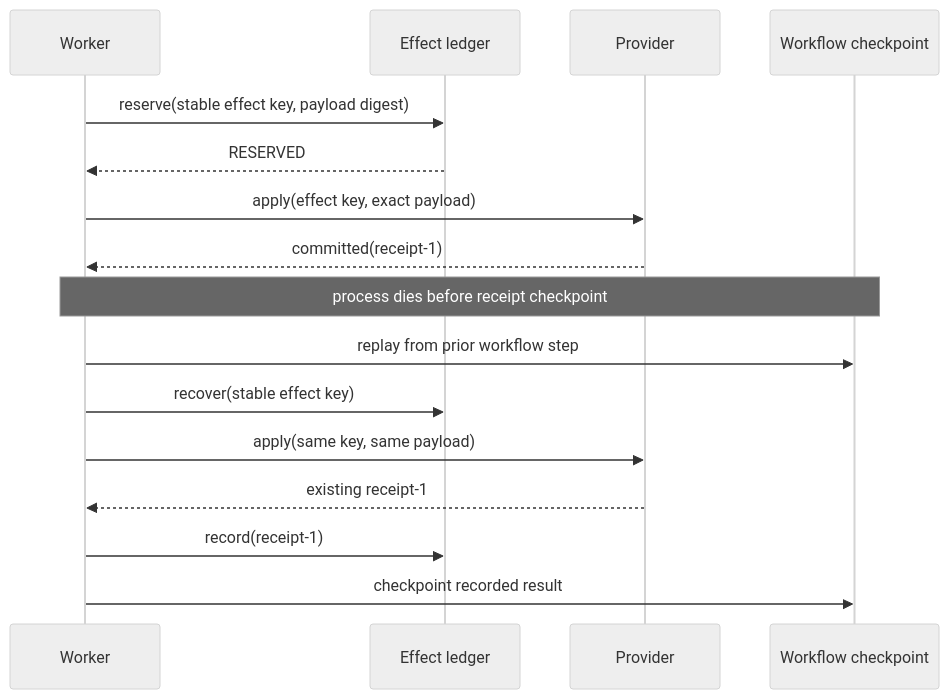
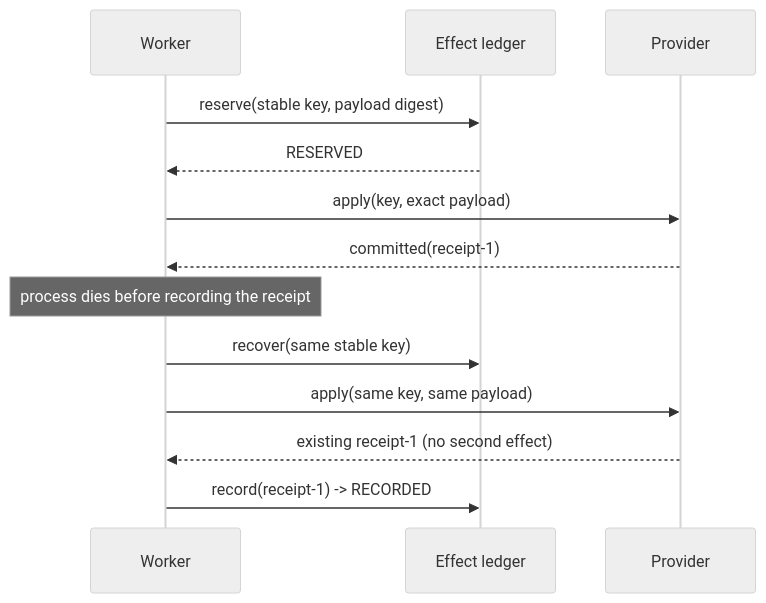
The second of 4 diagrams in chapters/26-production-platform.qmd (omkarsarde/agentic-engineering-at-scale), drawn with Mermaid (neutral theme) before and after one commit. The commit also changed other lines of this file and 6 other files, not shown here.

````diff
--- a/chapters/26-production-platform.qmd
+++ b/chapters/26-production-platform.qmd
@@ -209,22 +879,18 @@
 ```{mermaid}
+%%| echo: false
 %%| label: fig-ch26-crash
-%%| fig-cap: "Where is a duplicate effect born, and which stable fact lets recovery resolve it?"
-%%| fig-alt: "A worker reserves an effect key in a ledger, calls a provider with that key, and the provider commits. The worker crashes before recording the receipt. On replay it reads the same key and asks the provider again, which returns the existing receipt without a second effect."
+%%| fig-cap: "Where is a duplicate effect born, and which stable fact lets recovery resolve it? A reservation persists a stable key before the call, so recovery re-asks the provider with that key instead of issuing a new one."
 sequenceDiagram
     participant W as Worker
     participant L as Effect ledger
     participant P as Provider
-    participant C as Workflow checkpoint
-
-    W->>L: reserve(stable effect key, payload digest)
+    W->>L: reserve(stable key, payload digest)
     L-->>W: RESERVED
-    W->>P: apply(effect key, exact payload)
+    W->>P: apply(key, exact payload)
     P-->>W: committed(receipt-1)
-    Note over W,C: process dies before receipt checkpoint
-    W->>C: replay from prior workflow step
-    W->>L: recover(stable effect key)
+    Note over W: process dies before recording the receipt
+    W->>L: recover(same stable key)
     W->>P: apply(same key, same payload)
-    P-->>W: existing receipt-1
-    W->>L: record(receipt-1)
-    W->>C: checkpoint recorded result
+    P-->>W: existing receipt-1 (no second effect)
+    W->>L: record(receipt-1) -> RECORDED
 ```
````
